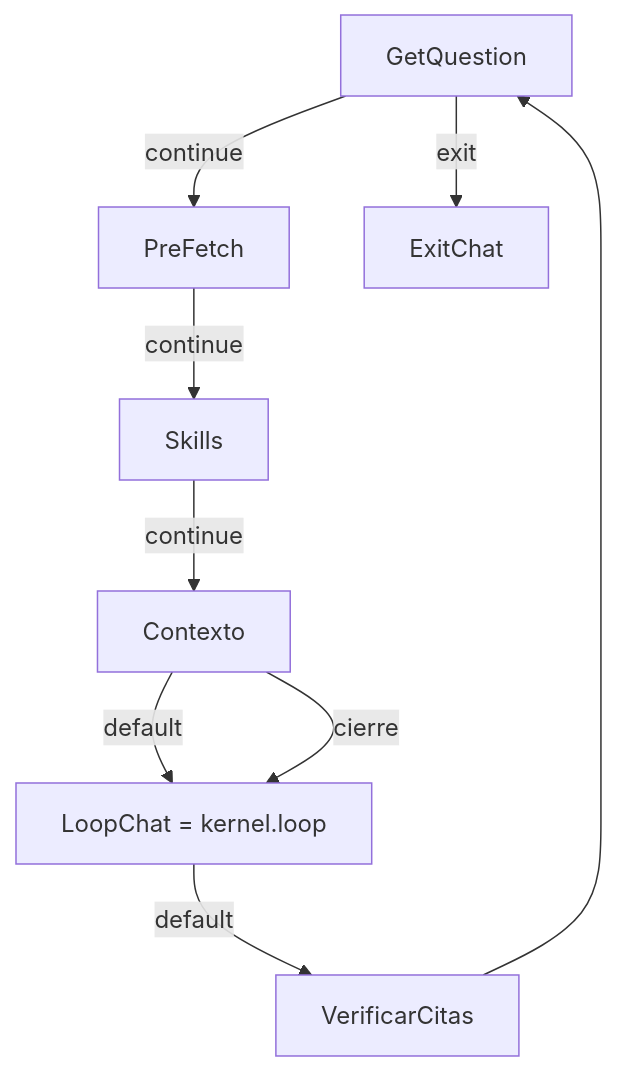
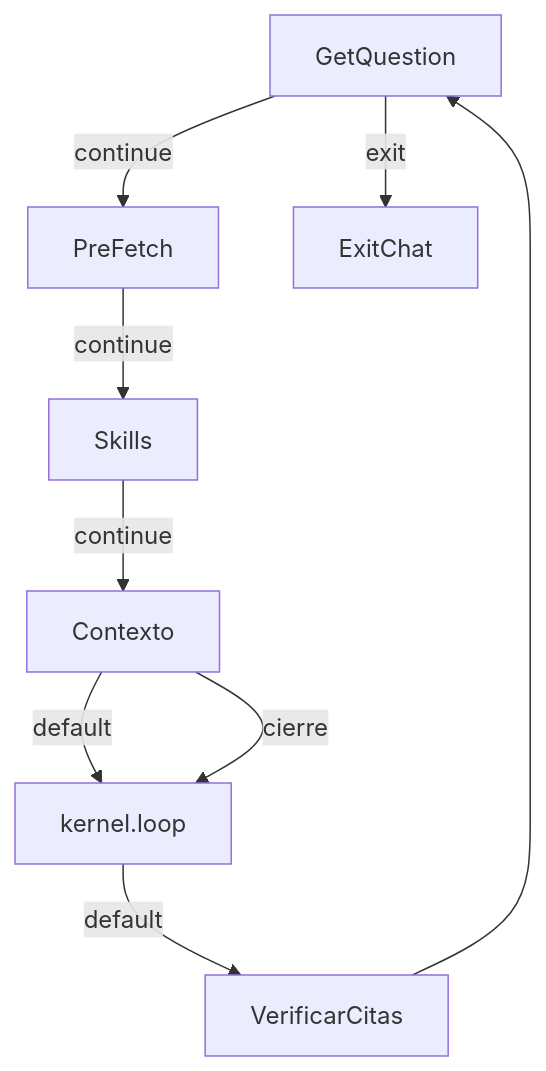
The first of 9 diagrams in docs/design.md (poladb-afk/deepseek-flow), drawn with Mermaid before and after one commit. The commit also changed other lines of this file and 6 other files, not shown here.

````diff
--- a/docs/design.md
+++ b/docs/design.md
@@ -16,11 +16,11 @@
 ```mermaid
 flowchart TD
     q[GetQuestion] -->|continue| p[PreFetch]
     p -->|continue| k[Skills]
     k -->|continue| ct[Contexto]
-    ct -->|default| L[LoopChat = kernel.loop]
+    ct -->|default| L[kernel.loop]
     ct -->|cierre| L
     L -->|default| c[VerificarCitas]
     c --> q
     q -->|exit| x[ExitChat]
 ```
````
